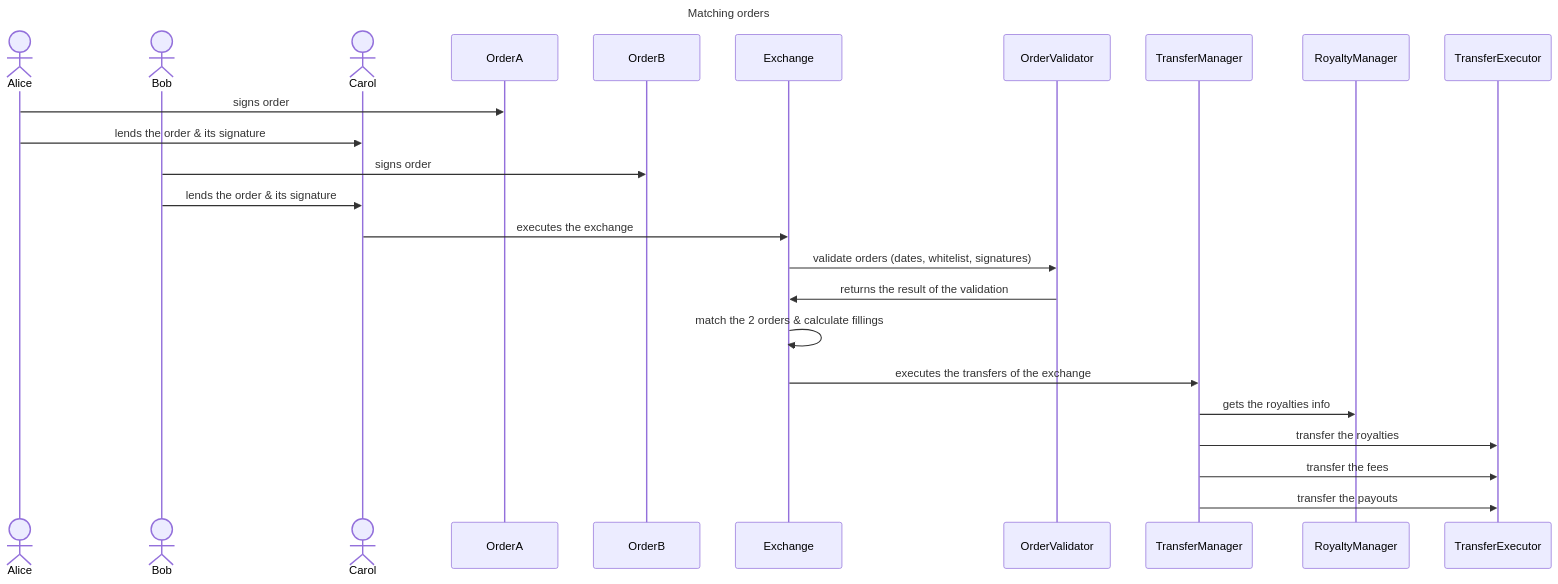
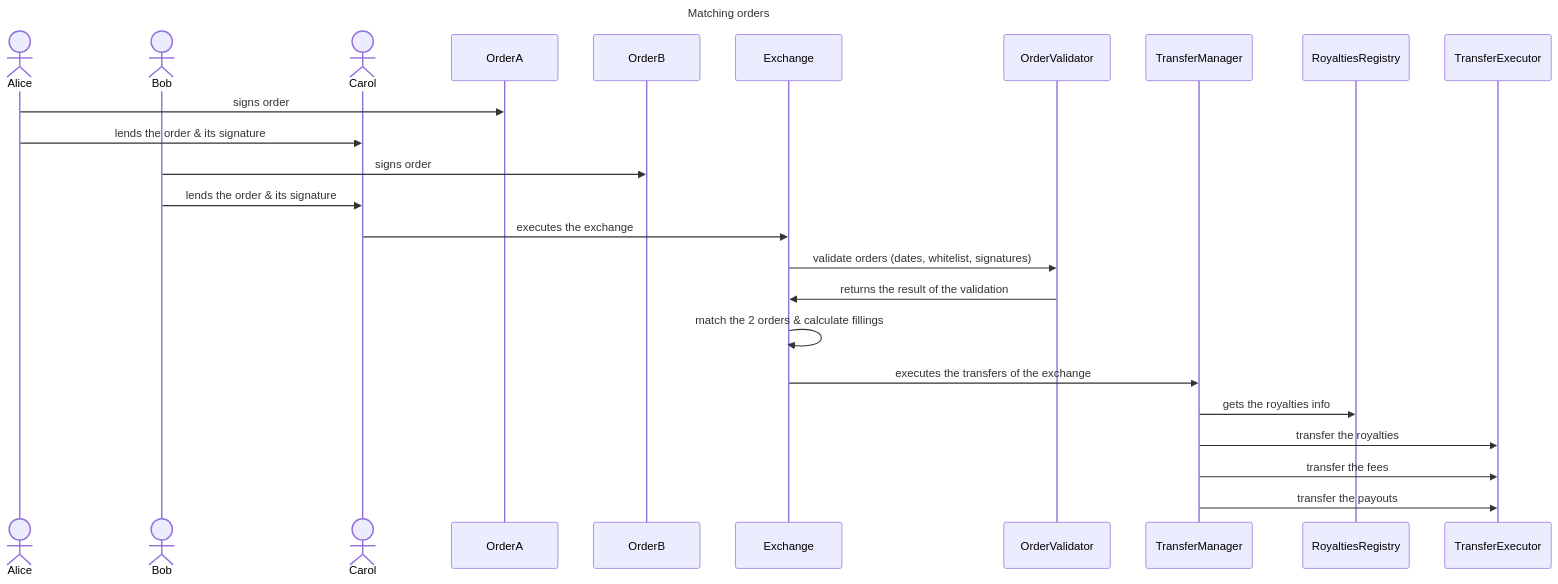
Before and after one commit to thesandboxgame/sandbox-smart-contracts: the first of 2 diagrams in packages/marketplace/docs/exchange/Exchange.md, drawn with Mermaid. The commit also changed other lines of this file and 2 other files, not shown here.

Commit message:
transfer manager doc

````diff
--- a/packages/marketplace/docs/exchange/Exchange.md
+++ b/packages/marketplace/docs/exchange/Exchange.md
@@ -130,27 +144,30 @@
 ```mermaid
 sequenceDiagram
 
 title: Matching orders
 
 actor Alice
 actor Bob
 actor Carol
 participant OrderA
 participant OrderB
 participant Exchange
 participant OrderValidator
+participant TransferManager
+participant RoyaltiesRegistry
+participant TransferExecutor
 
 Alice->>OrderA: signs order
 Alice->>Carol: lends the order & its signature
 Bob->>OrderB: signs order
 Bob->>Carol: lends the order & its signature
 Carol->>Exchange: executes the exchange 
 Exchange->>OrderValidator: validate orders (dates, whitelist, signatures)
 OrderValidator->>Exchange: returns the result of the validation
 Exchange->>Exchange: match the 2 orders & calculate fillings
 Exchange->>TransferManager: executes the transfers of the exchange
-TransferManager->>RoyaltyManager: gets the royalties info
+TransferManager->>RoyaltiesRegistry: gets the royalties info
 TransferManager->>TransferExecutor: transfer the royalties
 TransferManager->>TransferExecutor: transfer the fees
 TransferManager->>TransferExecutor: transfer the payouts
 ```
````
